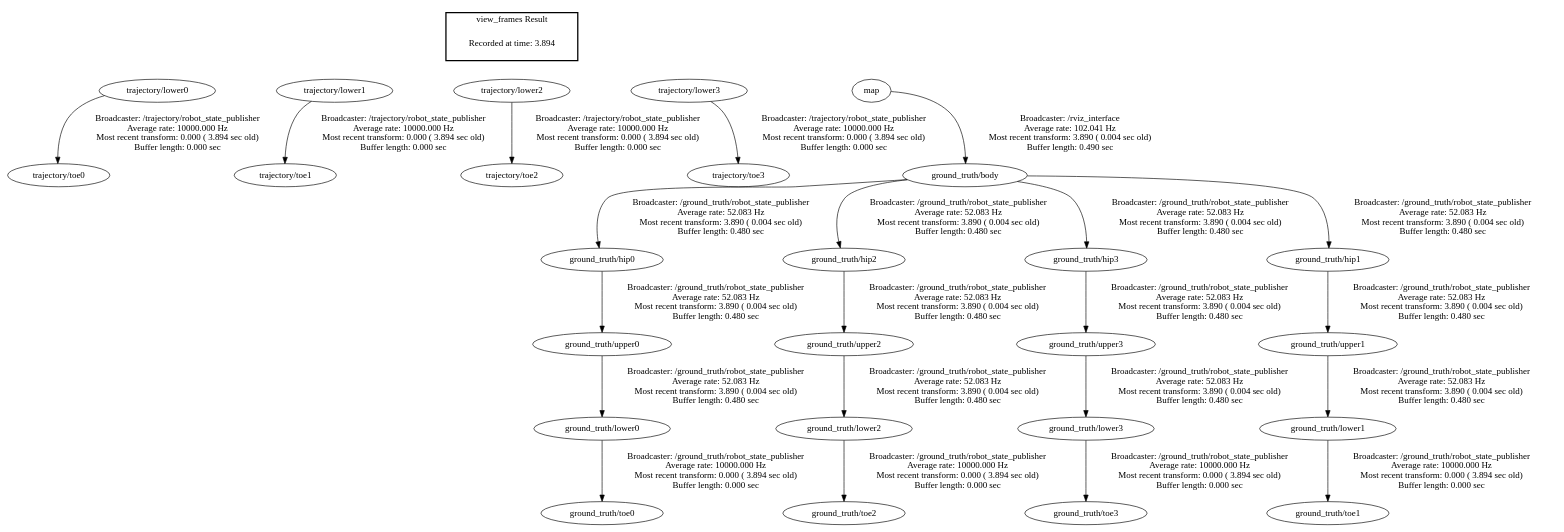
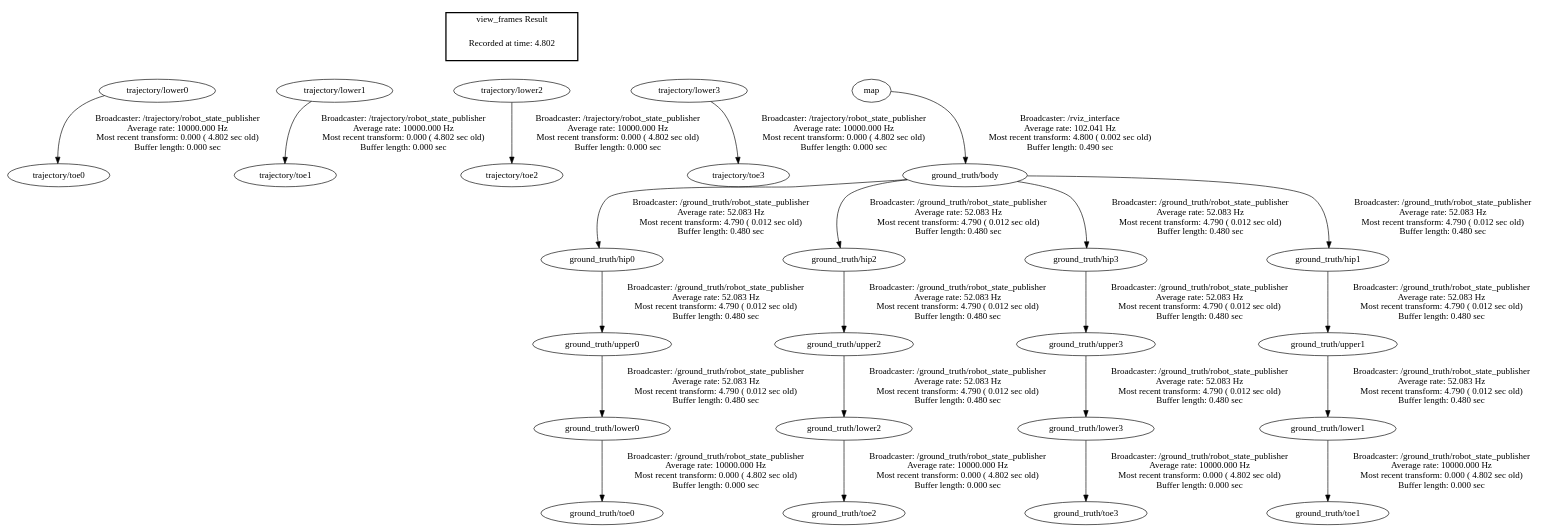
Before and after one commit to WearableComputerLab/quad-sdk: the diagram in quad_simulator/spirit_description/frames.gv, drawn with Graphviz. The commit also changed 9 other files, not shown here.

```diff
--- a/quad_simulator/spirit_description/frames.gv
+++ b/quad_simulator/spirit_description/frames.gv
@@ -1,43 +1,43 @@
 digraph G {
-"trajectory/lower0" -> "trajectory/toe0"[label="Broadcaster: /trajectory/robot_state_publisher\nAverage rate: 10000.000 Hz\nMost recent transform: 0.000 ( 3.894 sec old)\nBuffer length: 0.000 sec\n"];
-"trajectory/lower1" -> "trajectory/toe1"[label="Broadcaster: /trajectory/robot_state_publisher\nAverage rate: 10000.000 Hz\nMost recent transform: 0.000 ( 3.894 sec old)\nBuffer length: 0.000 sec\n"];
-"trajectory/lower2" -> "trajectory/toe2"[label="Broadcaster: /trajectory/robot_state_publisher\nAverage rate: 10000.000 Hz\nMost recent transform: 0.000 ( 3.894 sec old)\nBuffer length: 0.000 sec\n"];
-"trajectory/lower3" -> "trajectory/toe3"[label="Broadcaster: /trajectory/robot_state_publisher\nAverage rate: 10000.000 Hz\nMost recent transform: 0.000 ( 3.894 sec old)\nBuffer length: 0.000 sec\n"];
-"ground_truth/lower0" -> "ground_truth/toe0"[label="Broadcaster: /ground_truth/robot_state_publisher\nAverage rate: 10000.000 Hz\nMost recent transform: 0.000 ( 3.894 sec old)\nBuffer length: 0.000 sec\n"];
-"ground_truth/upper0" -> "ground_truth/lower0"[label="Broadcaster: /ground_truth/robot_state_publisher\nAverage rate: 52.083 Hz\nMost recent transform: 3.890 ( 0.004 sec old)\nBuffer length: 0.480 sec\n"];
-"ground_truth/lower1" -> "ground_truth/toe1"[label="Broadcaster: /ground_truth/robot_state_publisher\nAverage rate: 10000.000 Hz\nMost recent transform: 0.000 ( 3.894 sec old)\nBuffer length: 0.000 sec\n"];
-"ground_truth/upper1" -> "ground_truth/lower1"[label="Broadcaster: /ground_truth/robot_state_publisher\nAverage rate: 52.083 Hz\nMost recent transform: 3.890 ( 0.004 sec old)\nBuffer length: 0.480 sec\n"];
-"ground_truth/lower2" -> "ground_truth/toe2"[label="Broadcaster: /ground_truth/robot_state_publisher\nAverage rate: 10000.000 Hz\nMost recent transform: 0.000 ( 3.894 sec old)\nBuffer length: 0.000 sec\n"];
-"ground_truth/upper2" -> "ground_truth/lower2"[label="Broadcaster: /ground_truth/robot_state_publisher\nAverage rate: 52.083 Hz\nMost recent transform: 3.890 ( 0.004 sec old)\nBuffer length: 0.480 sec\n"];
-"ground_truth/lower3" -> "ground_truth/toe3"[label="Broadcaster: /ground_truth/robot_state_publisher\nAverage rate: 10000.000 Hz\nMost recent transform: 0.000 ( 3.894 sec old)\nBuffer length: 0.000 sec\n"];
-"ground_truth/upper3" -> "ground_truth/lower3"[label="Broadcaster: /ground_truth/robot_state_publisher\nAverage rate: 52.083 Hz\nMost recent transform: 3.890 ( 0.004 sec old)\nBuffer length: 0.480 sec\n"];
-"map" -> "ground_truth/body"[label="Broadcaster: /rviz_interface\nAverage rate: 102.041 Hz\nMost recent transform: 3.890 ( 0.004 sec old)\nBuffer length: 0.490 sec\n"];
-"ground_truth/hip0" -> "ground_truth/upper0"[label="Broadcaster: /ground_truth/robot_state_publisher\nAverage rate: 52.083 Hz\nMost recent transform: 3.890 ( 0.004 sec old)\nBuffer length: 0.480 sec\n"];
-"ground_truth/body" -> "ground_truth/hip0"[label="Broadcaster: /ground_truth/robot_state_publisher\nAverage rate: 52.083 Hz\nMost recent transform: 3.890 ( 0.004 sec old)\nBuffer length: 0.480 sec\n"];
-"ground_truth/body" -> "ground_truth/hip2"[label="Broadcaster: /ground_truth/robot_state_publisher\nAverage rate: 52.083 Hz\nMost recent transform: 3.890 ( 0.004 sec old)\nBuffer length: 0.480 sec\n"];
-"ground_truth/body" -> "ground_truth/hip3"[label="Broadcaster: /ground_truth/robot_state_publisher\nAverage rate: 52.083 Hz\nMost recent transform: 3.890 ( 0.004 sec old)\nBuffer length: 0.480 sec\n"];
-"ground_truth/hip1" -> "ground_truth/upper1"[label="Broadcaster: /ground_truth/robot_state_publisher\nAverage rate: 52.083 Hz\nMost recent transform: 3.890 ( 0.004 sec old)\nBuffer length: 0.480 sec\n"];
-"ground_truth/body" -> "ground_truth/hip1"[label="Broadcaster: /ground_truth/robot_state_publisher\nAverage rate: 52.083 Hz\nMost recent transform: 3.890 ( 0.004 sec old)\nBuffer length: 0.480 sec\n"];
-"ground_truth/hip2" -> "ground_truth/upper2"[label="Broadcaster: /ground_truth/robot_state_publisher\nAverage rate: 52.083 Hz\nMost recent transform: 3.890 ( 0.004 sec old)\nBuffer length: 0.480 sec\n"];
-"ground_truth/hip3" -> "ground_truth/upper3"[label="Broadcaster: /ground_truth/robot_state_publisher\nAverage rate: 52.083 Hz\nMost recent transform: 3.890 ( 0.004 sec old)\nBuffer length: 0.480 sec\n"];
+"trajectory/lower0" -> "trajectory/toe0"[label="Broadcaster: /trajectory/robot_state_publisher\nAverage rate: 10000.000 Hz\nMost recent transform: 0.000 ( 4.802 sec old)\nBuffer length: 0.000 sec\n"];
+"trajectory/lower1" -> "trajectory/toe1"[label="Broadcaster: /trajectory/robot_state_publisher\nAverage rate: 10000.000 Hz\nMost recent transform: 0.000 ( 4.802 sec old)\nBuffer length: 0.000 sec\n"];
+"trajectory/lower2" -> "trajectory/toe2"[label="Broadcaster: /trajectory/robot_state_publisher\nAverage rate: 10000.000 Hz\nMost recent transform: 0.000 ( 4.802 sec old)\nBuffer length: 0.000 sec\n"];
+"trajectory/lower3" -> "trajectory/toe3"[label="Broadcaster: /trajectory/robot_state_publisher\nAverage rate: 10000.000 Hz\nMost recent transform: 0.000 ( 4.802 sec old)\nBuffer length: 0.000 sec\n"];
+"ground_truth/lower0" -> "ground_truth/toe0"[label="Broadcaster: /ground_truth/robot_state_publisher\nAverage rate: 10000.000 Hz\nMost recent transform: 0.000 ( 4.802 sec old)\nBuffer length: 0.000 sec\n"];
+"ground_truth/upper0" -> "ground_truth/lower0"[label="Broadcaster: /ground_truth/robot_state_publisher\nAverage rate: 52.083 Hz\nMost recent transform: 4.790 ( 0.012 sec old)\nBuffer length: 0.480 sec\n"];
+"ground_truth/lower1" -> "ground_truth/toe1"[label="Broadcaster: /ground_truth/robot_state_publisher\nAverage rate: 10000.000 Hz\nMost recent transform: 0.000 ( 4.802 sec old)\nBuffer length: 0.000 sec\n"];
+"ground_truth/upper1" -> "ground_truth/lower1"[label="Broadcaster: /ground_truth/robot_state_publisher\nAverage rate: 52.083 Hz\nMost recent transform: 4.790 ( 0.012 sec old)\nBuffer length: 0.480 sec\n"];
+"ground_truth/lower2" -> "ground_truth/toe2"[label="Broadcaster: /ground_truth/robot_state_publisher\nAverage rate: 10000.000 Hz\nMost recent transform: 0.000 ( 4.802 sec old)\nBuffer length: 0.000 sec\n"];
+"ground_truth/upper2" -> "ground_truth/lower2"[label="Broadcaster: /ground_truth/robot_state_publisher\nAverage rate: 52.083 Hz\nMost recent transform: 4.790 ( 0.012 sec old)\nBuffer length: 0.480 sec\n"];
+"ground_truth/lower3" -> "ground_truth/toe3"[label="Broadcaster: /ground_truth/robot_state_publisher\nAverage rate: 10000.000 Hz\nMost recent transform: 0.000 ( 4.802 sec old)\nBuffer length: 0.000 sec\n"];
+"ground_truth/upper3" -> "ground_truth/lower3"[label="Broadcaster: /ground_truth/robot_state_publisher\nAverage rate: 52.083 Hz\nMost recent transform: 4.790 ( 0.012 sec old)\nBuffer length: 0.480 sec\n"];
+"ground_truth/hip0" -> "ground_truth/upper0"[label="Broadcaster: /ground_truth/robot_state_publisher\nAverage rate: 52.083 Hz\nMost recent transform: 4.790 ( 0.012 sec old)\nBuffer length: 0.480 sec\n"];
+"ground_truth/body" -> "ground_truth/hip0"[label="Broadcaster: /ground_truth/robot_state_publisher\nAverage rate: 52.083 Hz\nMost recent transform: 4.790 ( 0.012 sec old)\nBuffer length: 0.480 sec\n"];
+"ground_truth/body" -> "ground_truth/hip2"[label="Broadcaster: /ground_truth/robot_state_publisher\nAverage rate: 52.083 Hz\nMost recent transform: 4.790 ( 0.012 sec old)\nBuffer length: 0.480 sec\n"];
+"map" -> "ground_truth/body"[label="Broadcaster: /rviz_interface\nAverage rate: 102.041 Hz\nMost recent transform: 4.800 ( 0.002 sec old)\nBuffer length: 0.490 sec\n"];
+"ground_truth/body" -> "ground_truth/hip3"[label="Broadcaster: /ground_truth/robot_state_publisher\nAverage rate: 52.083 Hz\nMost recent transform: 4.790 ( 0.012 sec old)\nBuffer length: 0.480 sec\n"];
+"ground_truth/hip1" -> "ground_truth/upper1"[label="Broadcaster: /ground_truth/robot_state_publisher\nAverage rate: 52.083 Hz\nMost recent transform: 4.790 ( 0.012 sec old)\nBuffer length: 0.480 sec\n"];
+"ground_truth/body" -> "ground_truth/hip1"[label="Broadcaster: /ground_truth/robot_state_publisher\nAverage rate: 52.083 Hz\nMost recent transform: 4.790 ( 0.012 sec old)\nBuffer length: 0.480 sec\n"];
+"ground_truth/hip2" -> "ground_truth/upper2"[label="Broadcaster: /ground_truth/robot_state_publisher\nAverage rate: 52.083 Hz\nMost recent transform: 4.790 ( 0.012 sec old)\nBuffer length: 0.480 sec\n"];
+"ground_truth/hip3" -> "ground_truth/upper3"[label="Broadcaster: /ground_truth/robot_state_publisher\nAverage rate: 52.083 Hz\nMost recent transform: 4.790 ( 0.012 sec old)\nBuffer length: 0.480 sec\n"];
 edge [style=invis];
  subgraph cluster_legend { style=bold; color=black; label ="view_frames Result";
-"Recorded at time: 3.894"[ shape=plaintext ] ;
+"Recorded at time: 4.802"[ shape=plaintext ] ;
  }->"trajectory/lower0";
 edge [style=invis];
  subgraph cluster_legend { style=bold; color=black; label ="view_frames Result";
-"Recorded at time: 3.894"[ shape=plaintext ] ;
+"Recorded at time: 4.802"[ shape=plaintext ] ;
  }->"trajectory/lower1";
 edge [style=invis];
  subgraph cluster_legend { style=bold; color=black; label ="view_frames Result";
-"Recorded at time: 3.894"[ shape=plaintext ] ;
+"Recorded at time: 4.802"[ shape=plaintext ] ;
  }->"trajectory/lower2";
 edge [style=invis];
  subgraph cluster_legend { style=bold; color=black; label ="view_frames Result";
-"Recorded at time: 3.894"[ shape=plaintext ] ;
+"Recorded at time: 4.802"[ shape=plaintext ] ;
  }->"trajectory/lower3";
 edge [style=invis];
  subgraph cluster_legend { style=bold; color=black; label ="view_frames Result";
-"Recorded at time: 3.894"[ shape=plaintext ] ;
+"Recorded at time: 4.802"[ shape=plaintext ] ;
  }->"map";
 }
```
